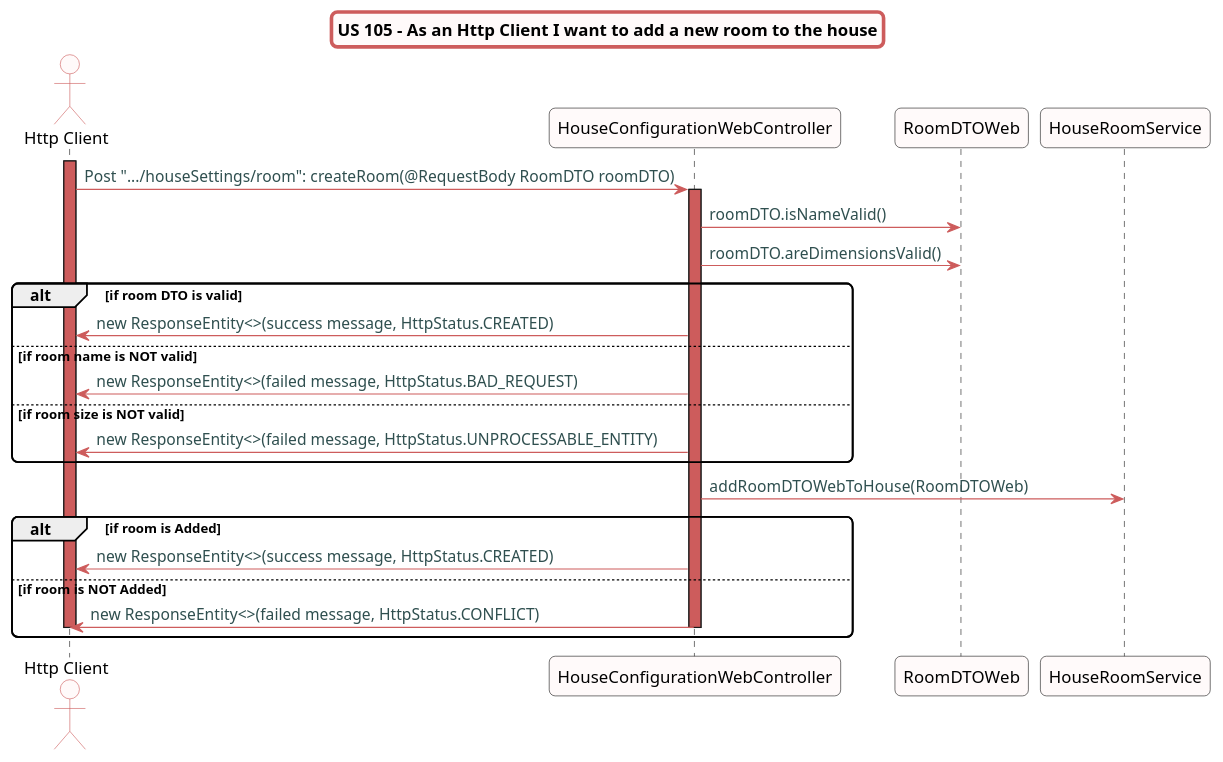
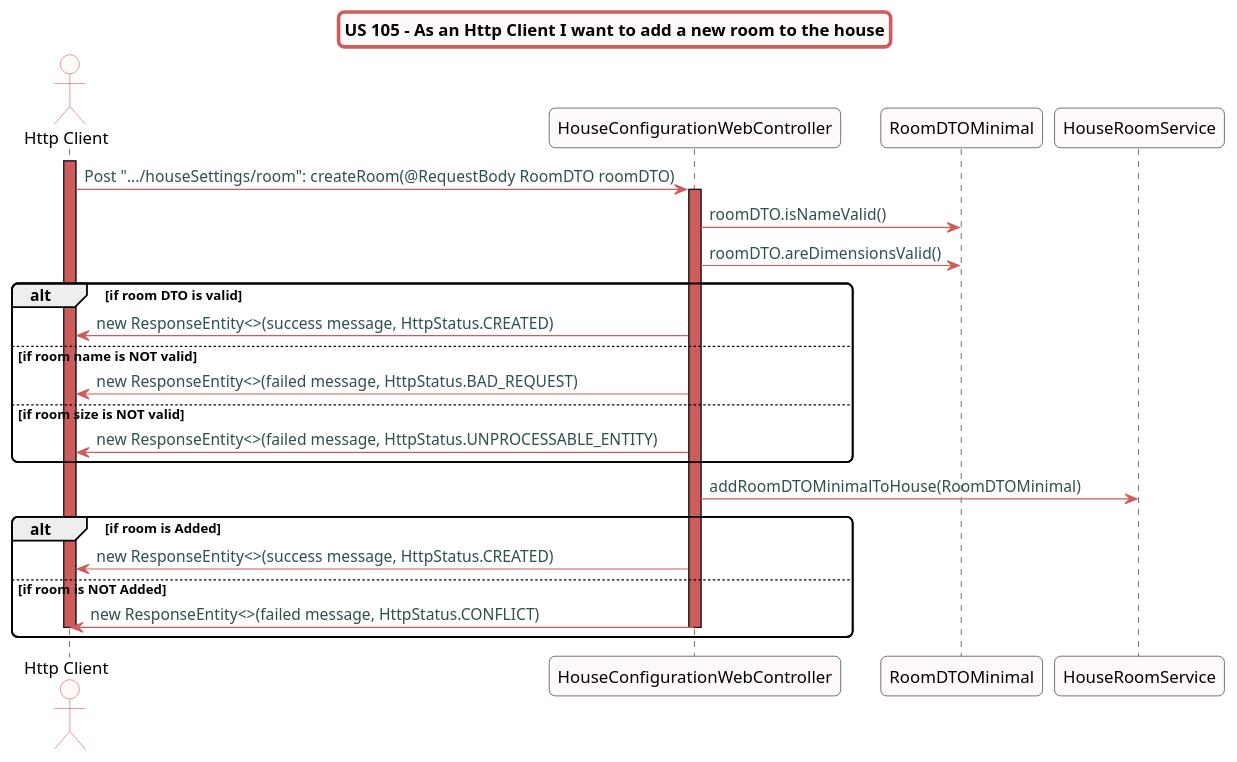
One commit to Almadanmp/project changed the diagram in src/doc/WEB_Controllers/HouseConfiguration/US105/US105.puml. Above: the diagram before and after it, drawn with PlantUML. The commit also changed 11 other files, not shown here.

```diff
--- a/src/doc/WEB_Controllers/HouseConfiguration/US105/US105.puml
+++ b/src/doc/WEB_Controllers/HouseConfiguration/US105/US105.puml
@@ -1,52 +1,52 @@
 @startuml
 skinparam titleBorderRoundCorner 10
 skinparam titleBorderThickness 3
 skinparam titleBorderColor indianred
 skinparam titleBackgroundColor snow
 skinparam FontName quicksand
 
 skinparam actor {
  	BorderColor indianred
  	backgroundColor Snow
  	}
 
  skinparam sequence {
  	LifeLineBackgroundColor indianred
  	ParticipantBackgroundColor snow
 }
 
  skinparam roundcorner 10
 
  skinparam component {
    arrowThickness 1
    ArrowFontName Verdana
    ArrowColor indianred
    ArrowFontColor darkslategrey
  }
 title US 105 - As an Http Client I want to add a new room to the house
 
 actor "Http Client"
 activate "Http Client"
 "Http Client" -> "HouseConfigurationWebController":  Post ".../houseSettings/room": createRoom(@RequestBody RoomDTO roomDTO)
 activate "HouseConfigurationWebController"
-"HouseConfigurationWebController" -> "RoomDTOWeb": roomDTO.isNameValid()
-"HouseConfigurationWebController" -> "RoomDTOWeb": roomDTO.areDimensionsValid()
+"HouseConfigurationWebController" -> "RoomDTOMinimal": roomDTO.isNameValid()
+"HouseConfigurationWebController" -> "RoomDTOMinimal": roomDTO.areDimensionsValid()
 
 alt if room DTO is valid
 "HouseConfigurationWebController" -> "Http Client": new ResponseEntity<>(success message, HttpStatus.CREATED)
 else if room name is NOT valid
 "HouseConfigurationWebController" -> "Http Client": new ResponseEntity<>(failed message, HttpStatus.BAD_REQUEST)
 else if room size is NOT valid
 "HouseConfigurationWebController" -> "Http Client": new ResponseEntity<>(failed message, HttpStatus.UNPROCESSABLE_ENTITY)
 end
 
-"HouseConfigurationWebController" -> "HouseRoomService": addRoomDTOWebToHouse(RoomDTOWeb)
+"HouseConfigurationWebController" -> "HouseRoomService": addRoomDTOMinimalToHouse(RoomDTOMinimal)
 
 alt if room is Added
 "HouseConfigurationWebController" -> "Http Client": new ResponseEntity<>(success message, HttpStatus.CREATED)
 else if room is NOT Added
 "HouseConfigurationWebController" -> "Http Client": new ResponseEntity<>(failed message, HttpStatus.CONFLICT)
 deactivate "HouseConfigurationWebController"
 deactivate "Http Client"
 end
 @enduml
```
